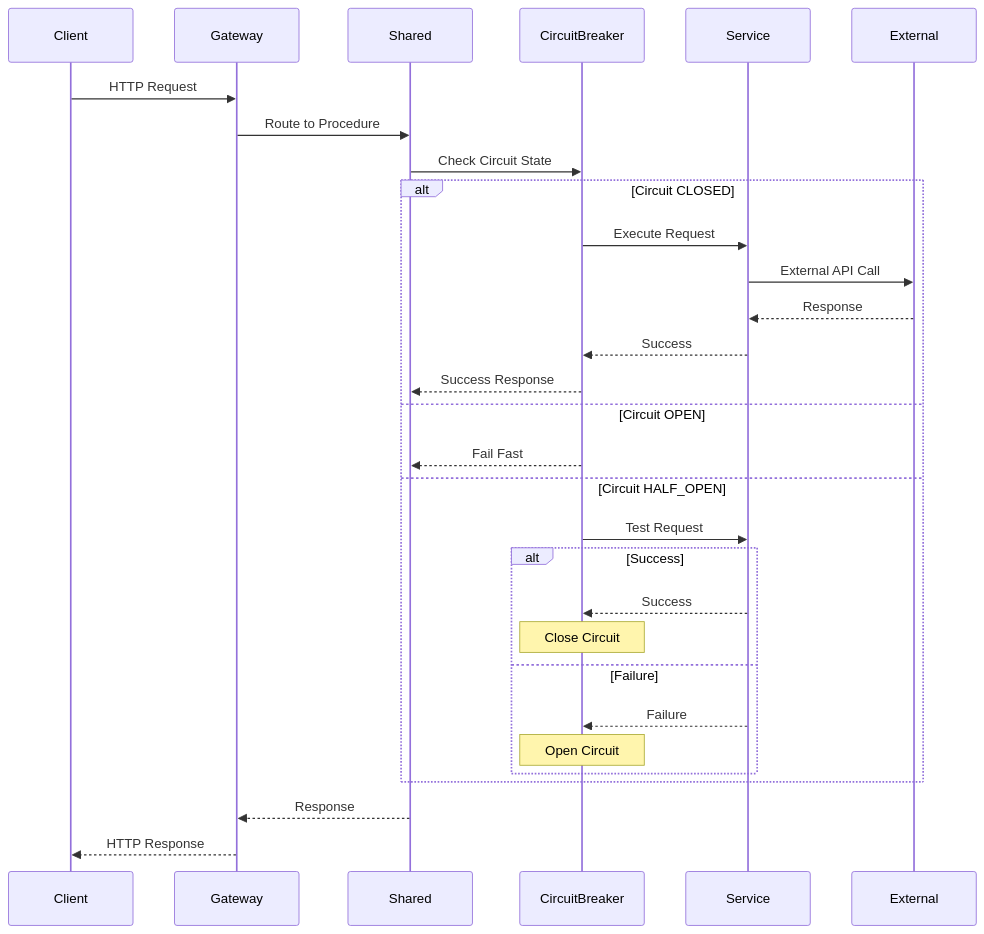
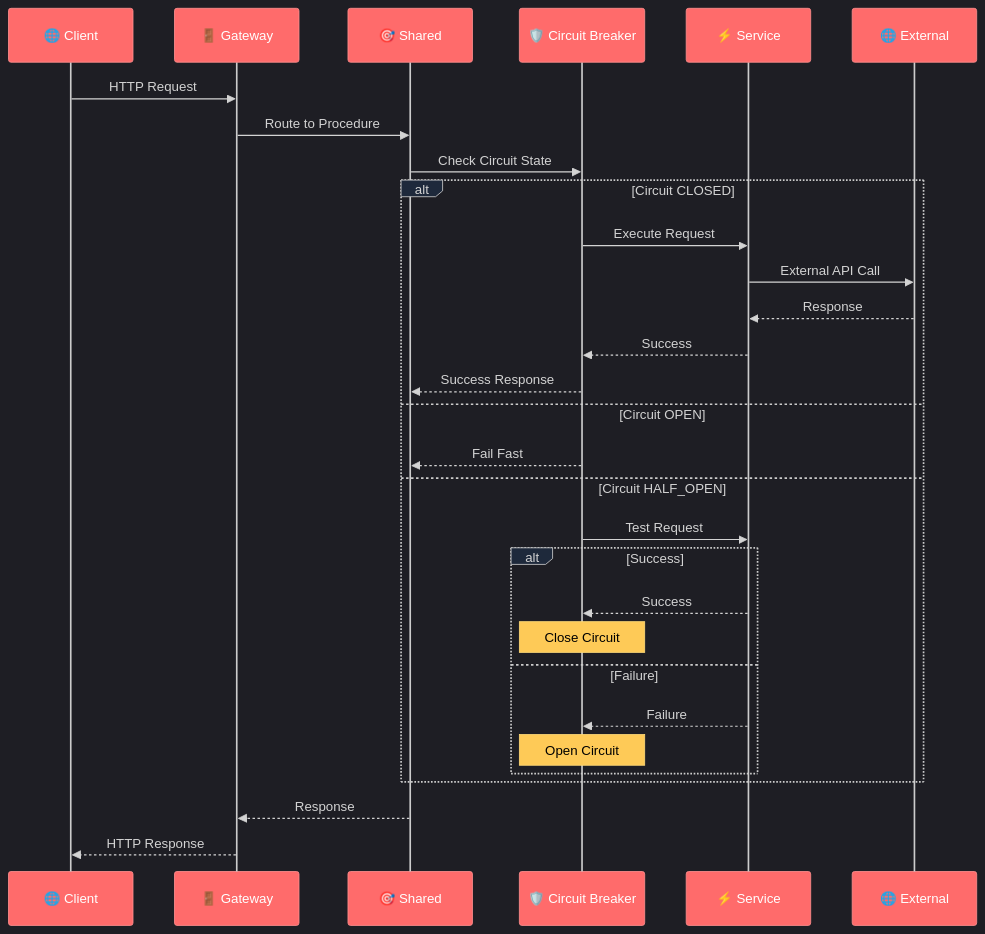
One commit to abdoElHodaky/larvrevrstender changed the seventh of 8 diagrams in diagrams/microservices-architecture.md. Above: the diagram before and after it, drawn with Mermaid. The commit also changed other lines of this file and 1 other file, not shown here.

First line of the commit message:
feat: Redesign microservices and workflow diagrams with distinguished eye-catching styling

````diff
--- a/diagrams/microservices-architecture.md
+++ b/diagrams/microservices-architecture.md
@@ -299,35 +398,52 @@
 ```mermaid
+%%{init: {
+  'theme': 'dark',
+  'themeVariables': {
+    'actorBkg': '#FF6B6B',
+    'actorBorder': '#FF8E8E',
+    'actorTextColor': '#FFFFFF',
+    'activationBkgColor': '#4ECDC4',
+    'activationBorderColor': '#7ED6D1',
+    'noteBkgColor': '#FECA57',
+    'noteTextColor': '#000000',
+    'noteBorderColor': '#FED876',
+    'background': '#0F172A',
+    'mainBkg': '#1E293B',
+    'primaryTextColor': '#FFFFFF'
+  }
+}}%%
+
 sequenceDiagram
-    participant Client
-    participant Gateway
-    participant Shared
-    participant CircuitBreaker
-    participant Service
-    participant External
+    participant Client as 🌐 Client
+    participant Gateway as 🚪 Gateway
+    participant Shared as 🎯 Shared
+    participant CircuitBreaker as 🛡️ Circuit Breaker
+    participant Service as ⚡ Service
+    participant External as 🌐 External
 
     Client->>Gateway: HTTP Request
     Gateway->>Shared: Route to Procedure
     Shared->>CircuitBreaker: Check Circuit State
     
     alt Circuit CLOSED
         CircuitBreaker->>Service: Execute Request
         Service->>External: External API Call
         External-->>Service: Response
         Service-->>CircuitBreaker: Success
         CircuitBreaker-->>Shared: Success Response
     else Circuit OPEN
         CircuitBreaker-->>Shared: Fail Fast
     else Circuit HALF_OPEN
         CircuitBreaker->>Service: Test Request
         alt Success
             Service-->>CircuitBreaker: Success
             Note over CircuitBreaker: Close Circuit
         else Failure
             Service-->>CircuitBreaker: Failure
             Note over CircuitBreaker: Open Circuit
         end
     end
     
     Shared-->>Gateway: Response
     Gateway-->>Client: HTTP Response
 ```
````
